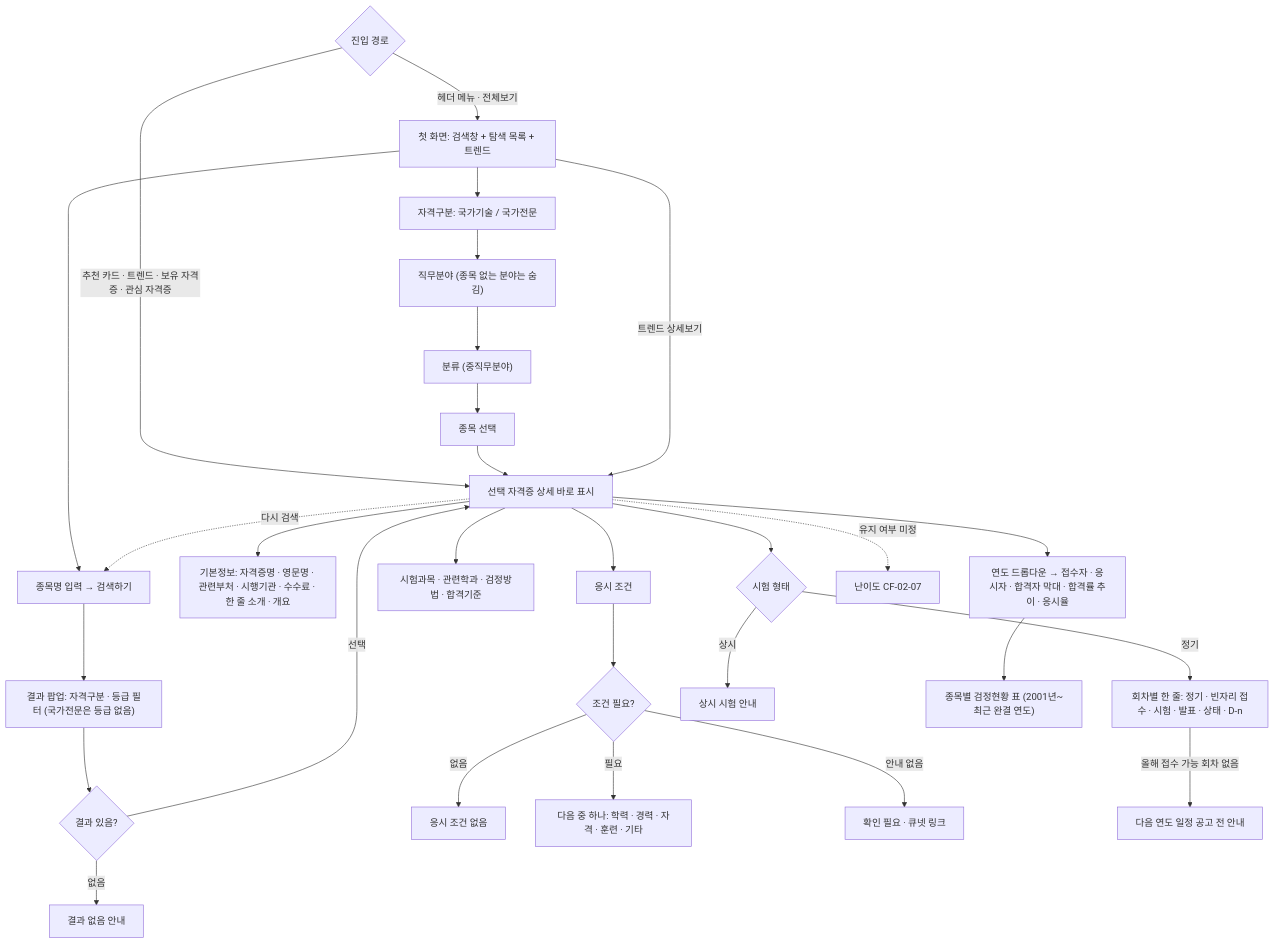
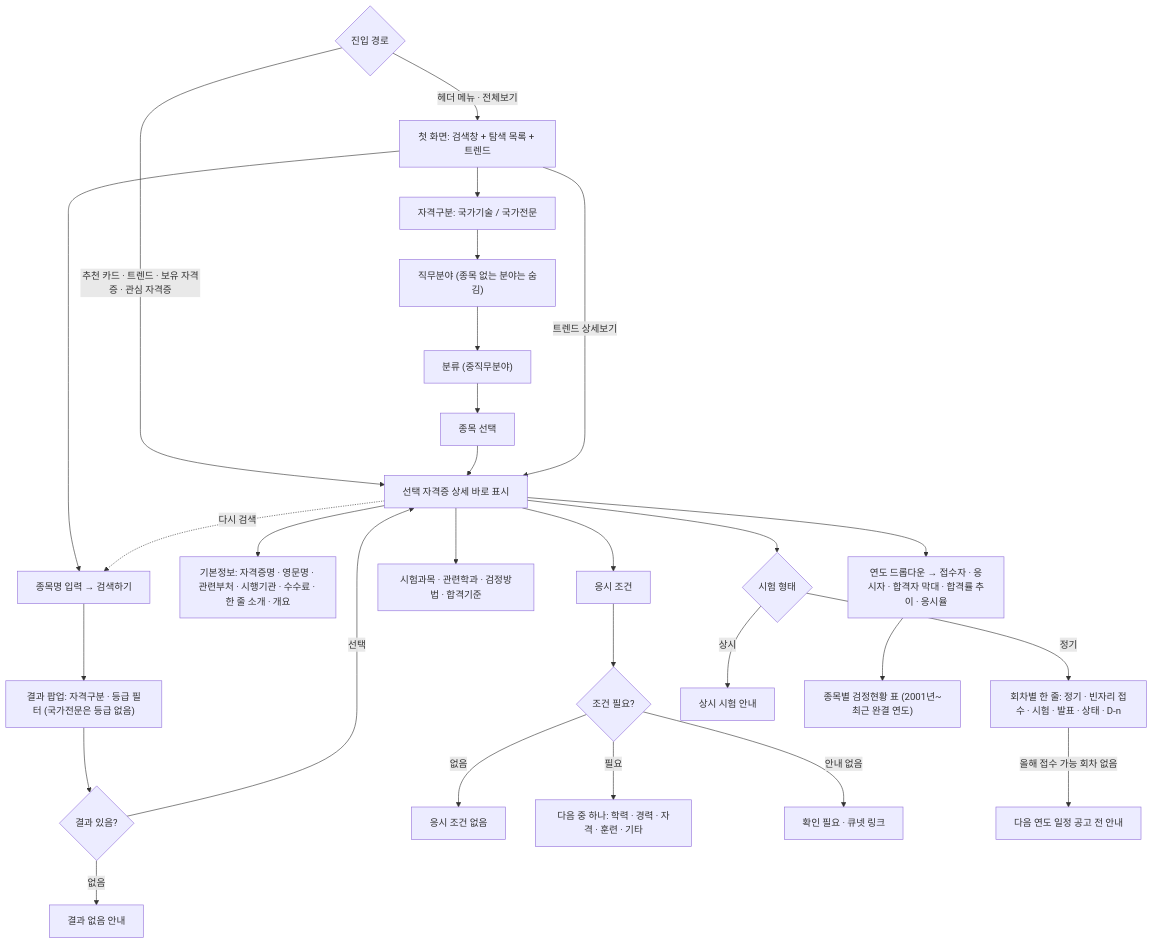
One commit to team-ap-cert-sniper/cert-sniper changed the fifth of 12 diagrams in docs/FLOWCHART.md. Above: the diagram before and after it, drawn with Mermaid. The commit also changed other lines of this file and 361 other files, not shown here.

````diff
--- a/docs/FLOWCHART.md
+++ b/docs/FLOWCHART.md
@@ -181,31 +181,30 @@
 ```mermaid
 flowchart TD
   A{"진입 경로"} -->|헤더 메뉴 · 전체보기| B["첫 화면: 검색창 + 탐색 목록 + 트렌드"]
   A -->|추천 카드 · 트렌드 · 보유 자격증 · 관심 자격증| G["선택 자격증 상세 바로 표시"]
   B --> T1["자격구분: 국가기술 / 국가전문"]
   T1 --> T2["직무분야 (종목 없는 분야는 숨김)"]
   T2 --> T3["분류 (중직무분야)"]
   T3 --> T4["종목 선택"]
   T4 --> G
   B -->|트렌드 상세보기| G
   B --> C["종목명 입력 → 검색하기"]
   C --> D["결과 팝업: 자격구분 · 등급 필터 (국가전문은 등급 없음)"]
   D --> F{"결과 있음?"}
   F -->|없음| N["결과 없음 안내"]
   F -->|선택| G
   G --> I1["기본정보: 자격증명 · 영문명 · 관련부처 · 시행기관 · 수수료 · 한 줄 소개 · 개요"]
   G --> I2["응시 조건"]
   I2 --> I3{"조건 필요?"}
   I3 -->|없음| I4["응시 조건 없음"]
   I3 -->|필요| I5["다음 중 하나: 학력 · 경력 · 자격 · 훈련 · 기타"]
   I3 -->|안내 없음| I6["확인 필요 · 큐넷 링크"]
   G --> I7["시험과목 · 관련학과 · 검정방법 · 합격기준"]
   G --> I8{"시험 형태"}
   I8 -->|정기| I9["회차별 한 줄: 정기 · 빈자리 접수 · 시험 · 발표 · 상태 · D-n"]
   I8 -->|상시| I10["상시 시험 안내"]
   I9 -->|올해 접수 가능 회차 없음| I13["다음 연도 일정 공고 전 안내"]
   G --> I11["연도 드롭다운 → 접수자 · 응시자 · 합격자 막대 · 합격률 추이 · 응시율"]
   I11 --> I12["종목별 검정현황 표 (2001년~최근 완결 연도)"]
-  G -.->|유지 여부 미정| I14["난이도 CF-02-07"]
   G -.->|다시 검색| C
 ```
````
